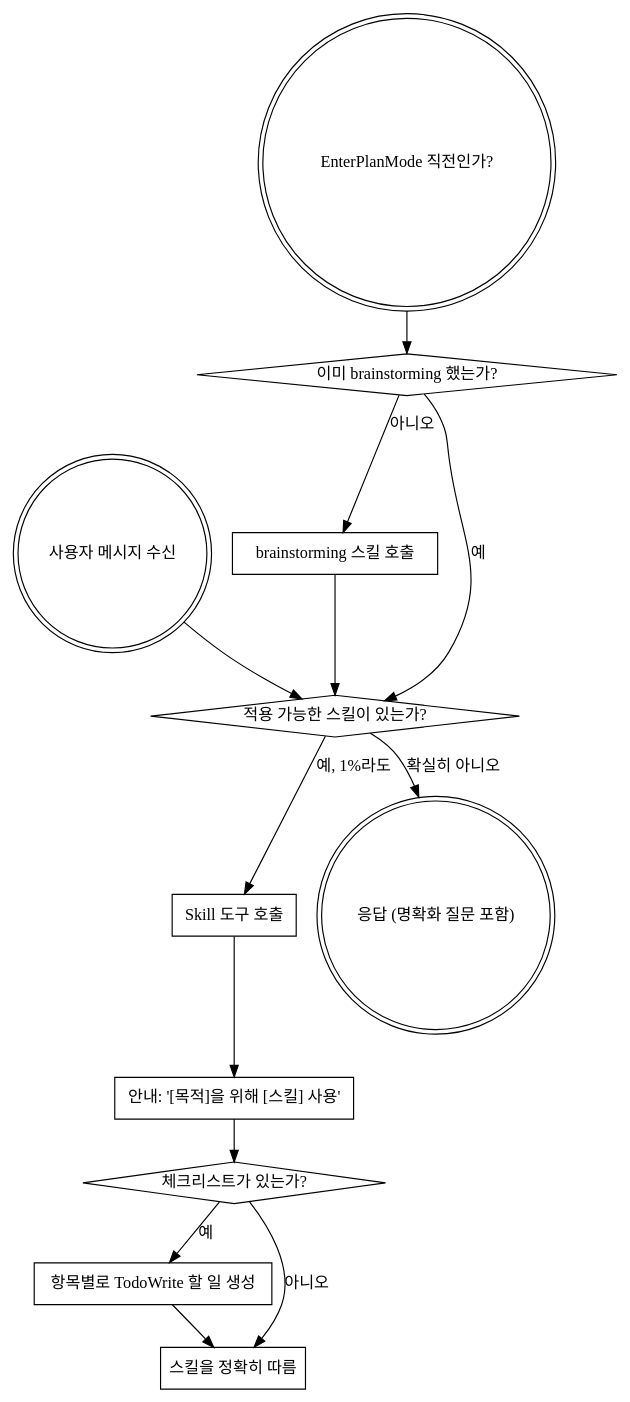
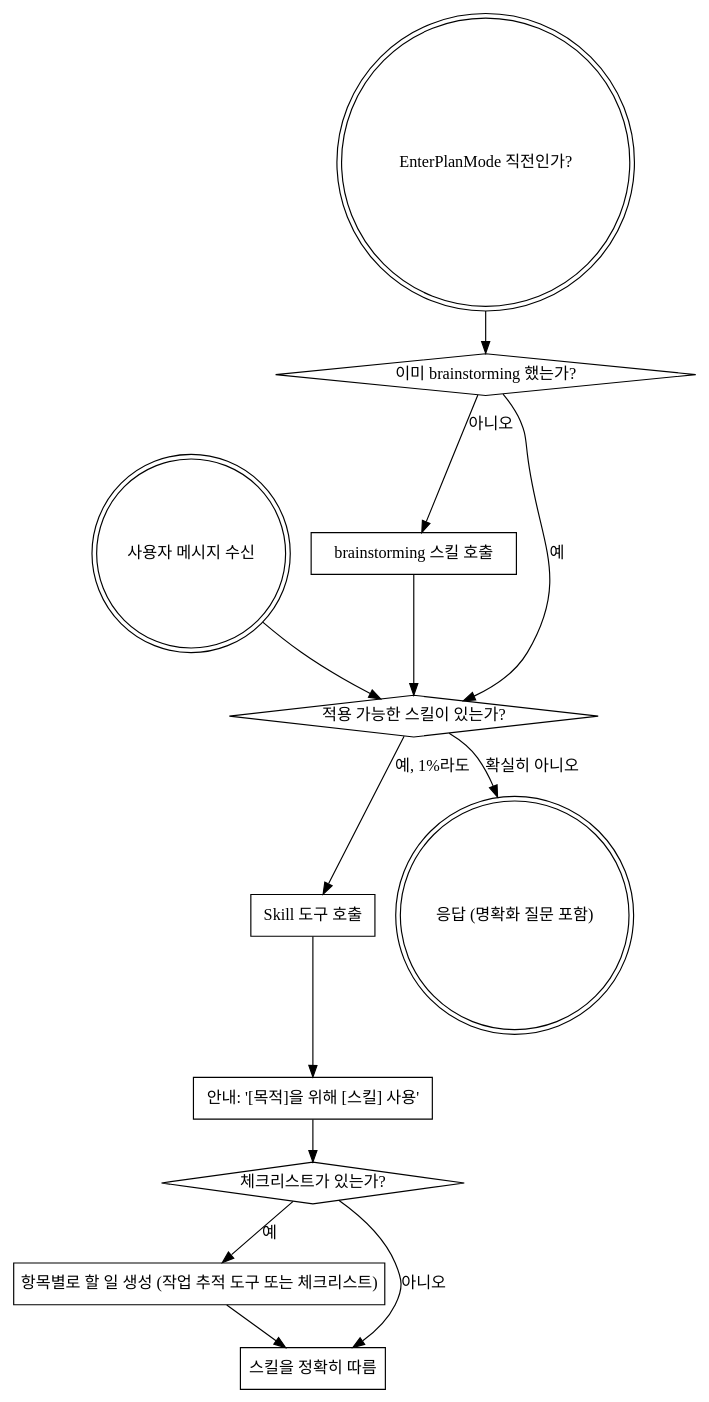
Before and after one commit to hicucu/my-poor-ai: the third of 3 diagrams in skills/using-my-poor-ai/SKILL.md, drawn with Graphviz. The commit also changed other lines of this file and 315 other files, not shown here.

````diff
--- a/skills/using-my-poor-ai/SKILL.md
+++ b/skills/using-my-poor-ai/SKILL.md
@@ -213,29 +226,29 @@
 ```dot
 digraph skill_flow {
     "사용자 메시지 수신" [shape=doublecircle];
     "EnterPlanMode 직전인가?" [shape=doublecircle];
     "이미 brainstorming 했는가?" [shape=diamond];
     "brainstorming 스킬 호출" [shape=box];
     "적용 가능한 스킬이 있는가?" [shape=diamond];
     "Skill 도구 호출" [shape=box];
     "안내: '[목적]을 위해 [스킬] 사용'" [shape=box];
     "체크리스트가 있는가?" [shape=diamond];
-    "항목별로 TodoWrite 할 일 생성" [shape=box];
+    "항목별로 할 일 생성 (작업 추적 도구 또는 체크리스트)" [shape=box];
     "스킬을 정확히 따름" [shape=box];
     "응답 (명확화 질문 포함)" [shape=doublecircle];
 
     "EnterPlanMode 직전인가?" -> "이미 brainstorming 했는가?";
     "이미 brainstorming 했는가?" -> "brainstorming 스킬 호출" [label="아니오"];
     "이미 brainstorming 했는가?" -> "적용 가능한 스킬이 있는가?" [label="예"];
     "brainstorming 스킬 호출" -> "적용 가능한 스킬이 있는가?";
 
     "사용자 메시지 수신" -> "적용 가능한 스킬이 있는가?";
     "적용 가능한 스킬이 있는가?" -> "Skill 도구 호출" [label="예, 1%라도"];
     "적용 가능한 스킬이 있는가?" -> "응답 (명확화 질문 포함)" [label="확실히 아니오"];
     "Skill 도구 호출" -> "안내: '[목적]을 위해 [스킬] 사용'";
     "안내: '[목적]을 위해 [스킬] 사용'" -> "체크리스트가 있는가?";
-    "체크리스트가 있는가?" -> "항목별로 TodoWrite 할 일 생성" [label="예"];
+    "체크리스트가 있는가?" -> "항목별로 할 일 생성 (작업 추적 도구 또는 체크리스트)" [label="예"];
     "체크리스트가 있는가?" -> "스킬을 정확히 따름" [label="아니오"];
-    "항목별로 TodoWrite 할 일 생성" -> "스킬을 정확히 따름";
+    "항목별로 할 일 생성 (작업 추적 도구 또는 체크리스트)" -> "스킬을 정확히 따름";
 }
 ```
````
